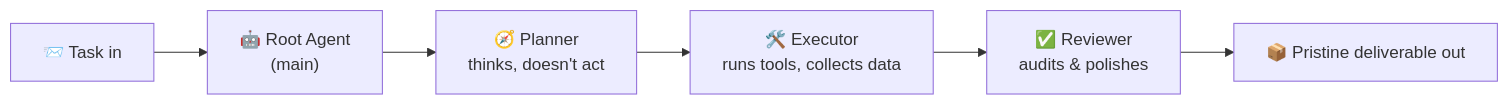
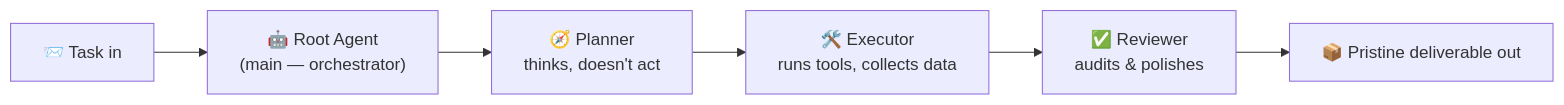
One commit to giacchetta/openclaw-a2a-bridge changed the fourth of 4 diagrams in README.md. Above: the diagram before and after it, drawn with Mermaid. The commit also changed other lines of this file and 1 other file, not shown here.

````diff
--- a/README.md
+++ b/README.md
@@ -75,8 +94,8 @@
 ```mermaid
 flowchart LR
-    IN["📨 Task in"] --> MAIN["🤖 Root Agent<br/>(main)"]
+    IN["📨 Task in"] --> MAIN["🤖 Root Agent<br/>(main — orchestrator)"]
     MAIN --> P["🧭 Planner<br/>thinks, doesn't act"]
     P --> E["🛠️ Executor<br/>runs tools, collects data"]
     E --> R["✅ Reviewer<br/>audits & polishes"]
     R --> OUT["📦 Pristine deliverable out"]
 ```
````
